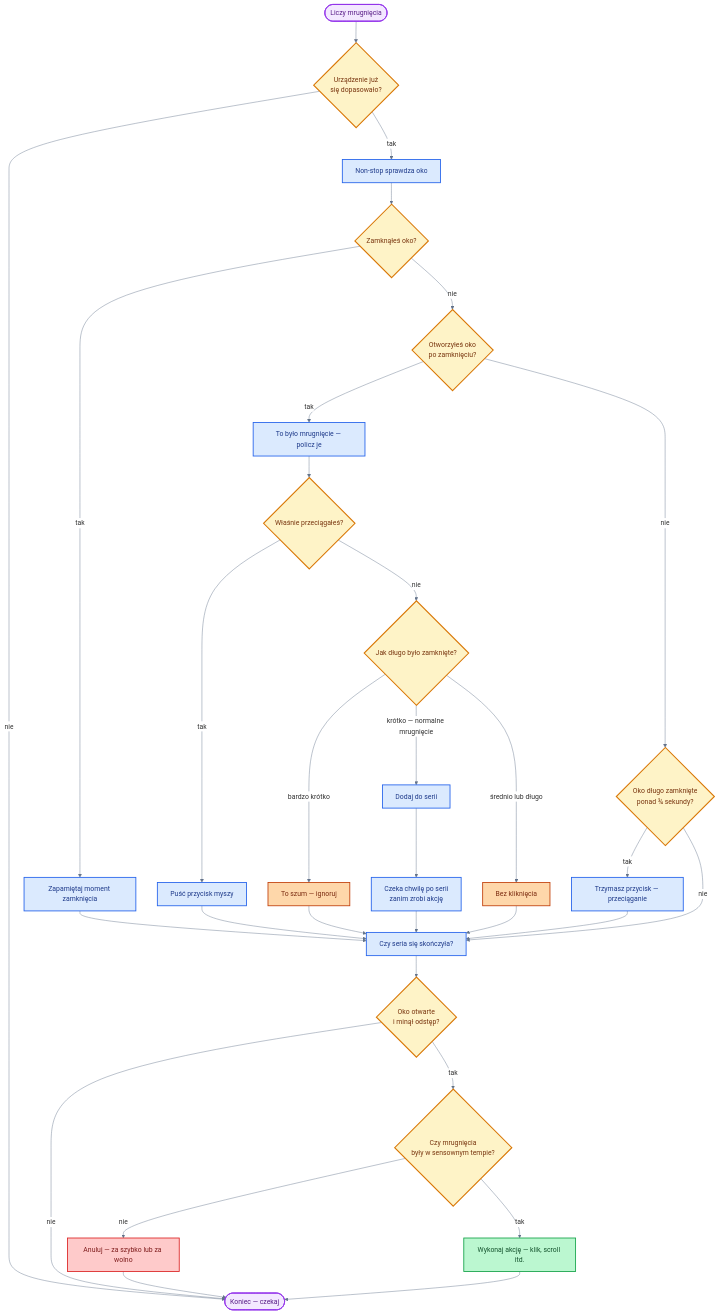
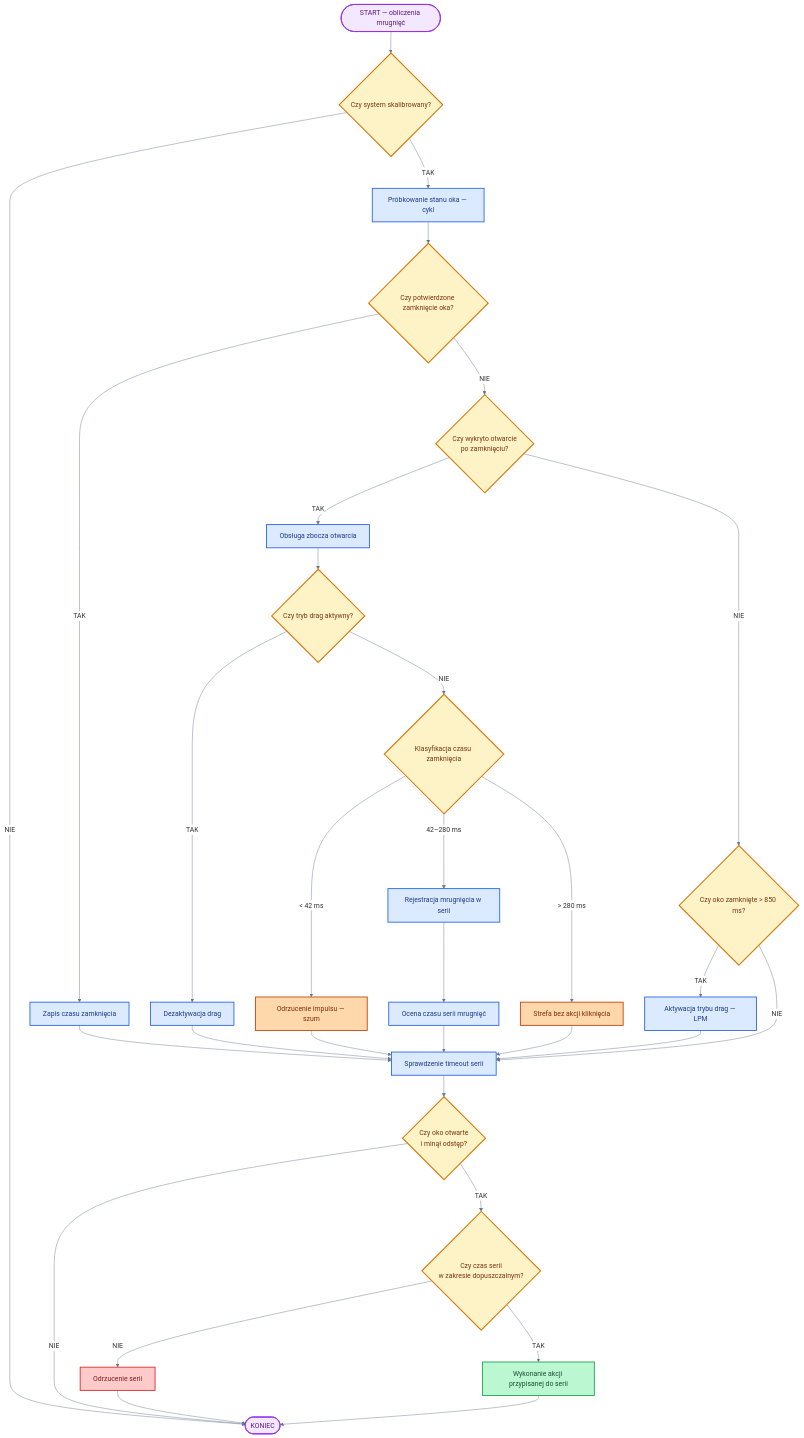
One commit to bartkadres-ai/HEFAS-4.0 changed the eighth of 10 diagrams in README.md. Above: the diagram before and after it, drawn with Mermaid. The commit also changed other lines of this file, not shown here.

````diff
--- a/README.md
+++ b/README.md
@@ -565,53 +565,53 @@
 ```mermaid
 %%{init: { 'theme': 'default', 'themeVariables': { 'darkMode': false, 'background': '#ffffff', 'mainBkg': '#ffffff', 'primaryColor': '#ffffff', 'secondaryColor': '#ffffff', 'tertiaryColor': '#ffffff', 'primaryTextColor': '#1e293b', 'secondaryTextColor': '#334155', 'lineColor': '#64748b', 'primaryBorderColor': '#94a3b8', 'clusterBkg': '#f1f5f9', 'clusterBorder': '#94a3b8', 'edgeLabelBackground': '#ffffff', 'noteBkgColor': '#f8fafc', 'noteTextColor': '#475569', 'fontFamily': 'arial' }}}%%
 flowchart TD
-    M0([Liczy mrugnięcia]) --> RDY{Urządzenie już<br/>się dopasowało?}
-    RDY -->|nie| MX([Koniec — czekaj])
-    RDY -->|tak| CNT[Non-stop sprawdza oko]
+    M0([START — obliczenia mrugnięć]) --> RDY{Czy system skalibrowany?}
+    RDY -->|NIE| MX([KONIEC])
+    RDY -->|TAK| CNT[Próbkowanie stanu oka — cykl]
 
-    CNT --> C1{Zamknąłeś oko?}
-    C1 -->|tak| CS[Zapamiętaj moment zamknięcia]
-    C1 -->|nie| C2{Otworzyłeś oko<br/>po zamknięciu?}
+    CNT --> C1{Czy potwierdzone zamknięcie oka?}
+    C1 -->|TAK| CS[Zapis czasu zamknięcia]
+    C1 -->|NIE| C2{Czy wykryto otwarcie<br/>po zamknięciu?}
 
-    C2 -->|tak| EDGE[To było mrugnięcie — policz je]
-    C2 -->|nie| C3{Oko długo zamknięte<br/>ponad ¾ sekundy?}
-    C3 -->|tak| DRG[Trzymasz przycisk — przeciąganie]
-    C3 -->|nie| TM
+    C2 -->|TAK| EDGE[Obsługa zbocza otwarcia]
+    C2 -->|NIE| C3{Czy oko zamknięte &gt; 850 ms?}
+    C3 -->|TAK| DRG[Aktywacja trybu drag — LPM]
+    C3 -->|NIE| TM
 
-    EDGE --> E1{Właśnie przeciągałeś?}
-    E1 -->|tak| DRGOFF[Puść przycisk myszy]
-    E1 -->|nie| E2{Jak długo było zamknięte?}
-    E2 -->|bardzo krótko| ART[To szum — ignoruj]
-    E2 -->|krótko — normalne mrugnięcie| REG[Dodaj do serii]
-    E2 -->|średnio lub długo| STREFA[Bez kliknięcia]
+    EDGE --> E1{Czy tryb drag aktywny?}
+    E1 -->|TAK| DRGOFF[Dezaktywacja drag]
+    E1 -->|NIE| E2{Klasyfikacja czasu zamknięcia}
+    E2 -->|&lt; 42 ms| ART[Odrzucenie impulsu — szum]
+    E2 -->|42–280 ms| REG[Rejestracja mrugnięcia w serii]
+    E2 -->|&gt; 280 ms| STREFA[Strefa bez akcji kliknięcia]
 
-    REG --> REGD["Czeka chwilę po serii<br/>zanim zrobi akcję"]
+    REG --> REGD[Ocena czasu serii mrugnięć]
 
     CS --> TM
     DRG --> TM
     DRGOFF --> TM
     ART --> TM
     STREFA --> TM
-    REGD --> TM[Czy seria się skończyła?]
+    REGD --> TM[Sprawdzenie timeout serii]
 
-    TM --> T1{Oko otwarte<br/>i minął odstęp?}
-    T1 -->|nie| MX
-    T1 -->|tak| T2{Czy mrugnięcia<br/>były w sensownym tempie?}
-    T2 -->|nie| DROP[Anuluj — za szybko lub za wolno]
-    T2 -->|tak| ACT[Wykonaj akcję — klik, scroll itd.]
+    TM --> T1{Czy oko otwarte<br/>i minął odstęp?}
+    T1 -->|NIE| MX
+    T1 -->|TAK| T2{Czy czas serii<br/>w zakresie dopuszczalnym?}
+    T2 -->|NIE| DROP[Odrzucenie serii]
+    T2 -->|TAK| ACT[Wykonanie akcji przypisanej do serii]
     DROP --> MX
     ACT --> MX
 
     classDef startEnd fill:#f3e8ff,stroke:#9333ea,stroke-width:2px,color:#581c87
     classDef process fill:#dbeafe,stroke:#2563eb,stroke-width:2px,color:#1e3a8a
     classDef decision fill:#fef3c7,stroke:#d97706,stroke-width:2.5px,color:#78350f
     classDef warn fill:#fed7aa,stroke:#c2410c,stroke-width:2px,color:#7c2d12
     classDef bad fill:#fecaca,stroke:#dc2626,stroke-width:2px,color:#7f1d1d
     classDef success fill:#bbf7d0,stroke:#16a34a,stroke-width:2px,color:#14532d
     class M0,MX startEnd
     class CNT,CS,EDGE,DRG,DRGOFF,REG,REGD,TM process
     class RDY,C1,C2,C3,E1,E2,T1,T2 decision
     class ACT success
     class ART,STREFA warn
     class DROP bad
 ```
````
